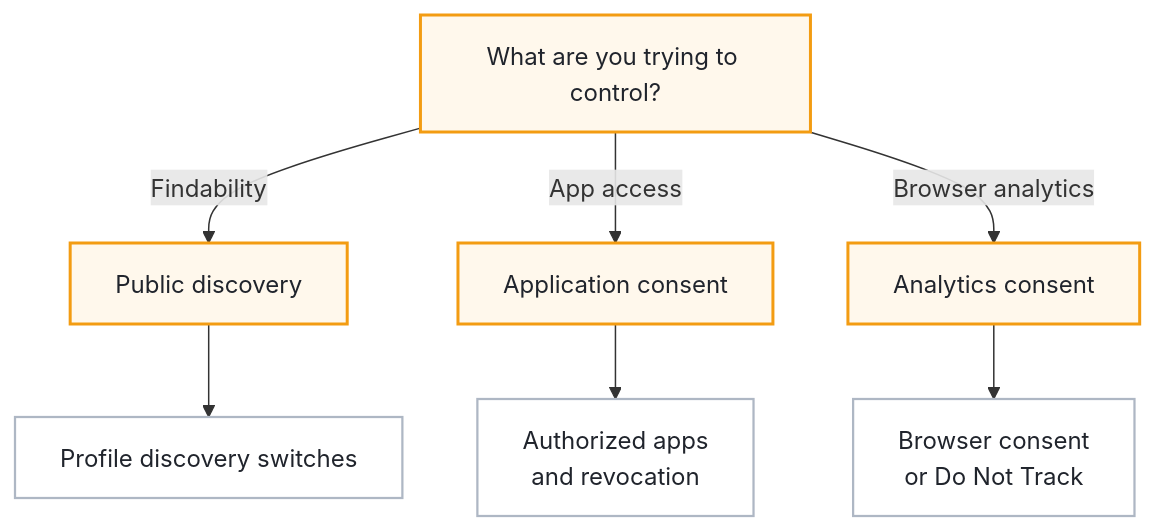
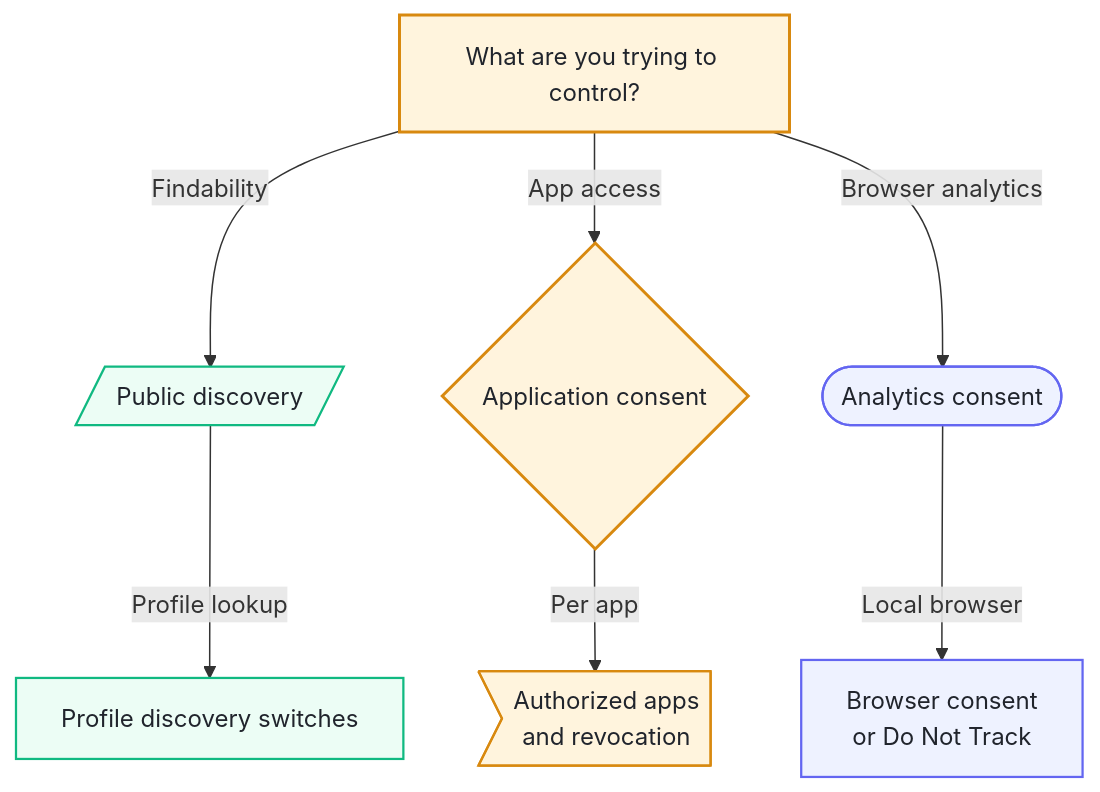
One commit to ArkanisCorporation/CitizenId-docs changed the diagram in docs/players/privacy-controls.md. Above: the diagram before and after it, drawn with Mermaid. The commit also changed 8 other files, not shown here.

Commit message:
fix: normalize existing diagram parts

````diff
--- a/docs/players/privacy-controls.md
+++ b/docs/players/privacy-controls.md
@@ -26,22 +26,26 @@
 ```mermaid
 flowchart TD
   start["What are you trying to control?"]
-  discovery["Public discovery"]
-  consent["Application consent"]
-  analytics["Analytics consent"]
+  discovery[/Public discovery/]
+  consent{"Application consent"}
+  analytics(["Analytics consent"])
   public["Profile discovery switches"]
-  authorized["Authorized apps<br/>and revocation"]
+  authorized>Authorized apps<br/>and revocation]
   local["Browser consent<br/>or Do Not Track"]
 
   start -->|"Findability"| discovery
   start -->|"App access"| consent
   start -->|"Browser analytics"| analytics
-  discovery --> public
-  consent --> authorized
-  analytics --> local
+  discovery -->|"Profile lookup"| public
+  consent -->|"Per app"| authorized
+  analytics -->|"Local browser"| local
 
-  classDef question fill:#fff8ec,stroke:#F39C12,color:#20242c,stroke-width:2px;
-  classDef answer fill:#ffffff,stroke:#aeb7c4,color:#20242c,stroke-width:1.5px;
-  class start,discovery,consent,analytics question;
-  class public,authorized,local answer;
+  classDef decision fill:#fff4dd,stroke:#d8890f,color:#20242c,stroke-width:2px;
+  classDef data fill:#ecfdf5,stroke:#10b981,color:#20242c,stroke-width:1.5px;
+  classDef context fill:#eef2ff,stroke:#6366f1,color:#20242c,stroke-width:1.5px;
+  classDef caution fill:#fff4dd,stroke:#d8890f,color:#20242c,stroke-width:1.5px;
+  class start,consent decision;
+  class discovery,public data;
+  class analytics,local context;
+  class authorized caution;
 ```
````
